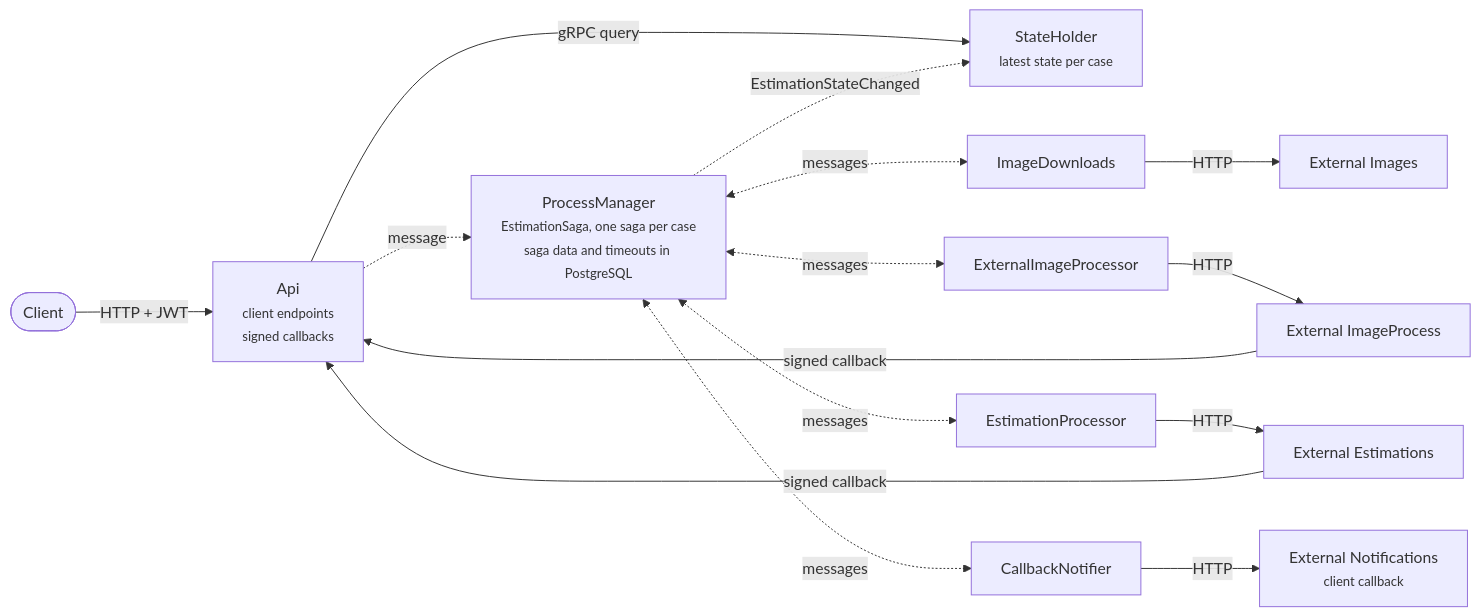
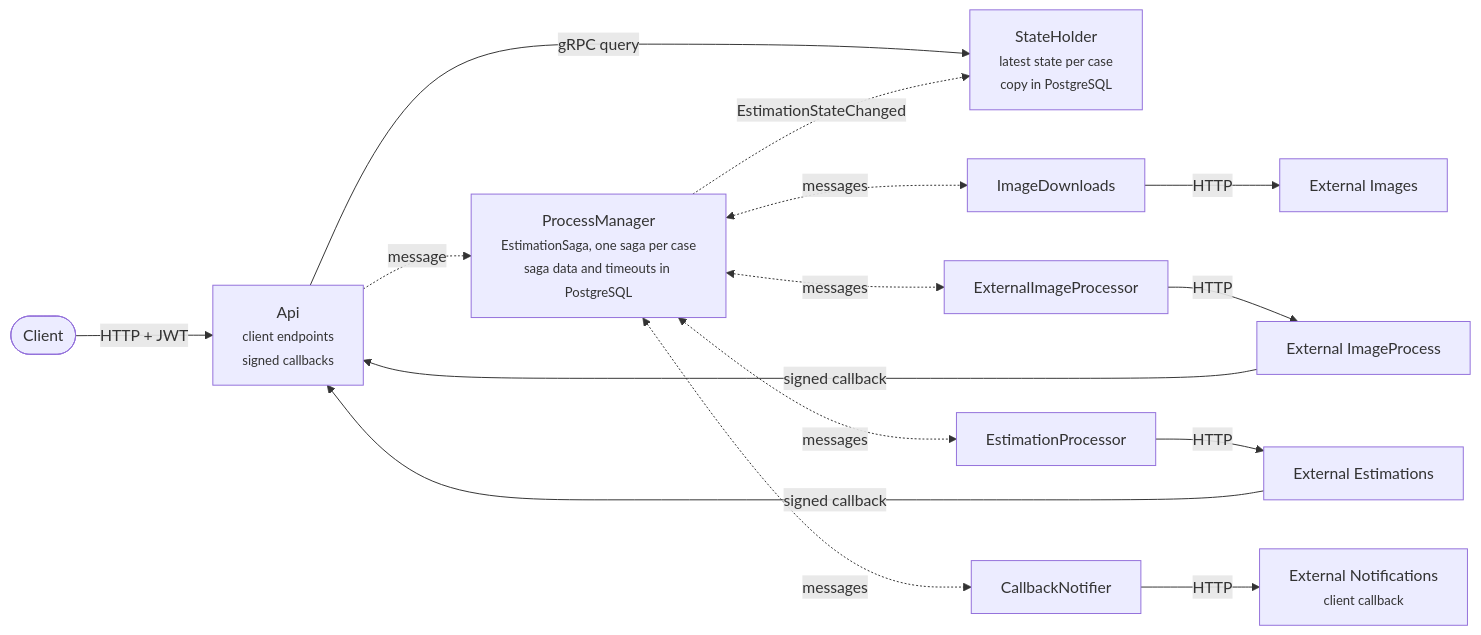
The first of 11 diagrams in docs/messages-flow.md (hbiarge/Estimations), drawn with Mermaid before and after one commit. The commit also changed other lines of this file and 106 other files, not shown here.

First line of the commit message:
Close dead ends in the message flows

````diff
--- a/docs/messages-flow.md
+++ b/docs/messages-flow.md
@@ -18,30 +20,30 @@
 ```mermaid
 flowchart LR
     Client([Client])
     Api["Api<br/><small>client endpoints<br/>signed callbacks</small>"]
-    SH["StateHolder<br/><small>latest state per case</small>"]
+    SH["StateHolder<br/><small>latest state per case<br/>copy in PostgreSQL</small>"]
     PM["ProcessManager<br/><small>EstimationSaga, one saga per case<br/>saga data and timeouts in PostgreSQL</small>"]
     DL[ImageDownloads]
     IP[ExternalImageProcessor]
     EP[EstimationProcessor]
     CN[CallbackNotifier]
     XImg[External Images]
     XIP[External ImageProcess]
     XEst[External Estimations]
     XNot["External Notifications<br/><small>client callback</small>"]
 
     Client -- HTTP + JWT --> Api
     Api -. message .-> PM
     Api -- gRPC query --> SH
     PM -. EstimationStateChanged .-> SH
     PM <-. messages .-> DL
     PM <-. messages .-> IP
     PM <-. messages .-> EP
     PM <-. messages .-> CN
     DL -- HTTP --> XImg
     IP -- HTTP --> XIP
     EP -- HTTP --> XEst
     CN -- HTTP --> XNot
     XIP -- signed callback --> Api
     XEst -- signed callback --> Api
 ```
````
